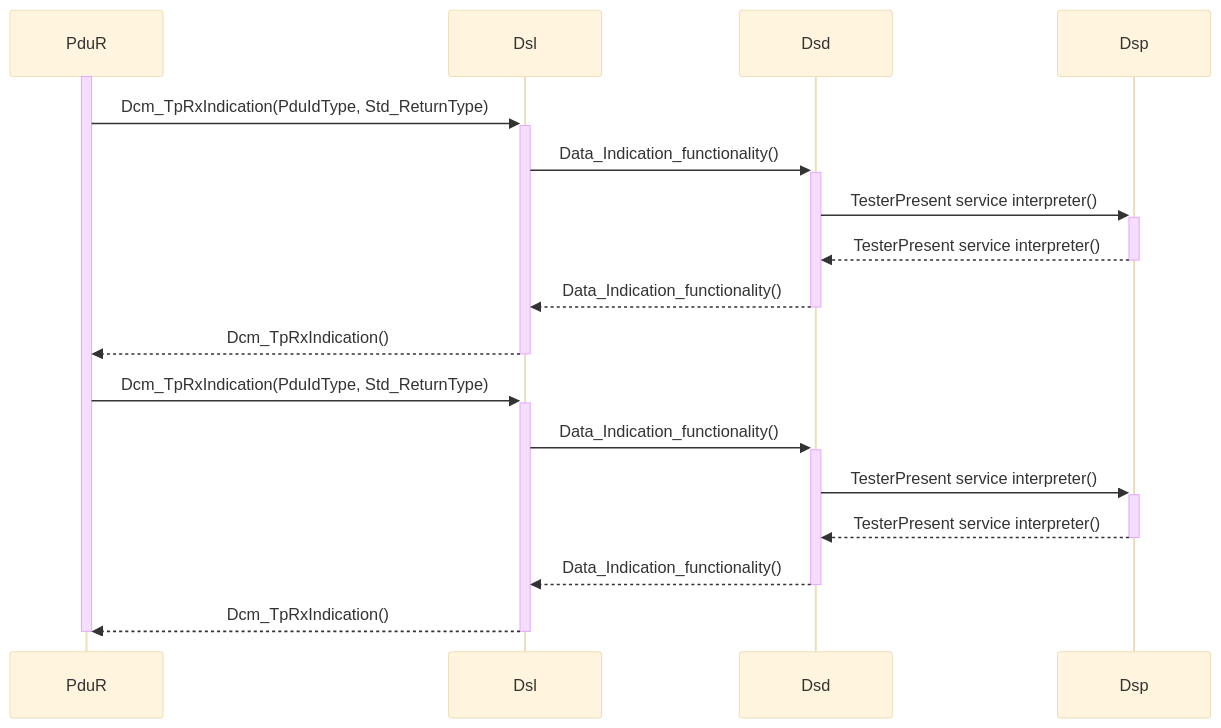
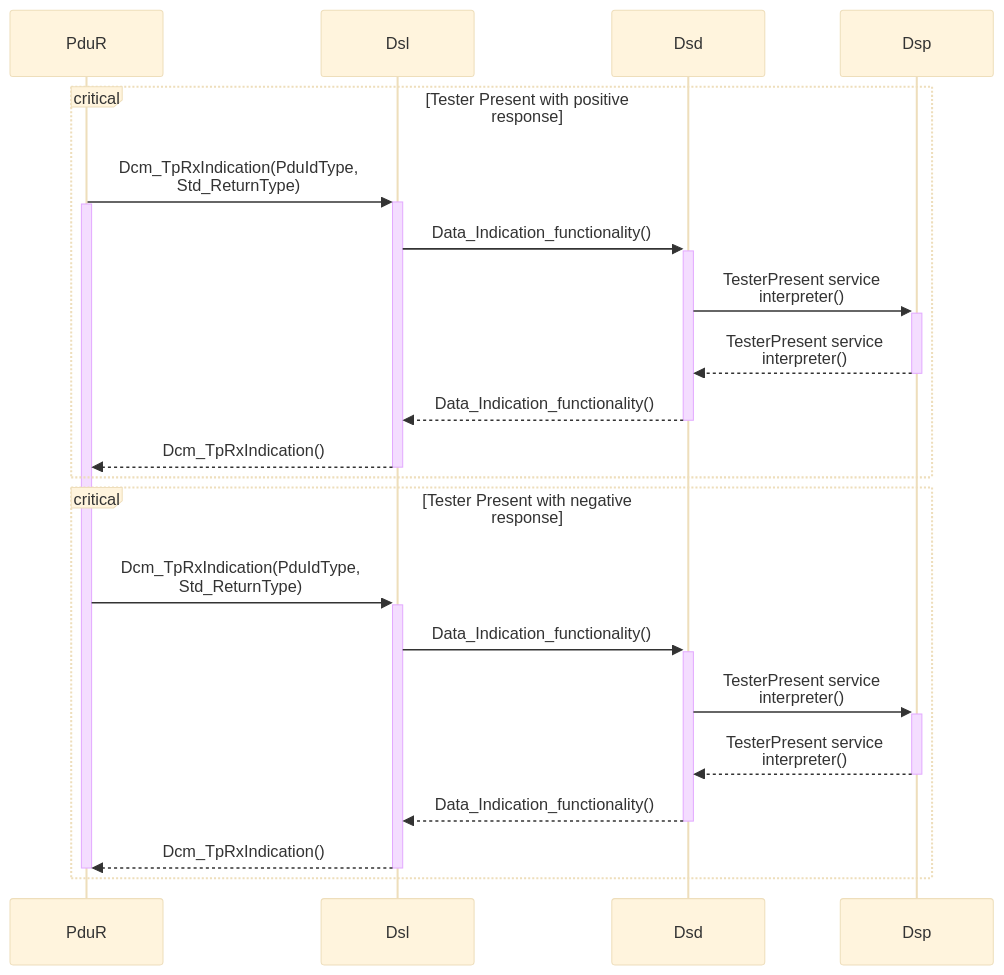
One commit to HyeonGyu-Lee/HyeonGyu-Lee.github.io changed the third of 3 diagrams in docs/UDS/Services_Identifiers.md. Above: the diagram before and after it, drawn with Mermaid (base theme). The commit also changed other lines of this file and 3 other files, not shown here.

````diff
--- a/docs/UDS/Services_Identifiers.md
+++ b/docs/UDS/Services_Identifiers.md
@@ -177,21 +224,26 @@
 ```mermaid
 sequenceDiagram
   participant PduR
   participant Dsl
   participant Dsd
   participant Dsp
+  
+  critical Tester Present with positive response
+  PduR ->>+ Dsl: Dcm_TpRxIndication(PduIdType,<br>Std_ReturnType)
   activate PduR
-  PduR ->>+ Dsl: Dcm_TpRxIndication(PduIdType, Std_ReturnType)
   Dsl->>+ Dsd: Data_Indication_functionality()
-  Dsd->>+ Dsp: TesterPresent service interpreter()
-  Dsp -->>- Dsd: TesterPresent service interpreter()
+  Dsd->>+ Dsp: TesterPresent service<br>interpreter()
+  Dsp -->>- Dsd: TesterPresent service<br>interpreter()
   Dsd -->>- Dsl: Data_Indication_functionality()
   Dsl -->>- PduR: Dcm_TpRxIndication()
-  PduR ->>+ Dsl: Dcm_TpRxIndication(PduIdType, Std_ReturnType)
+	end
+  critical Tester Present with negative response
+  PduR ->>+ Dsl: Dcm_TpRxIndication(PduIdType,<br>Std_ReturnType)
   Dsl->>+ Dsd: Data_Indication_functionality()
-  Dsd->>+ Dsp: TesterPresent service interpreter()
-  Dsp -->>- Dsd: TesterPresent service interpreter()
+  Dsd->>+ Dsp: TesterPresent service<br>interpreter()
+  Dsp -->>- Dsd: TesterPresent service<br>interpreter()
   Dsd -->>- Dsl: Data_Indication_functionality()
   Dsl -->>- PduR: Dcm_TpRxIndication()
   deactivate PduR
+	end
 ```
````
